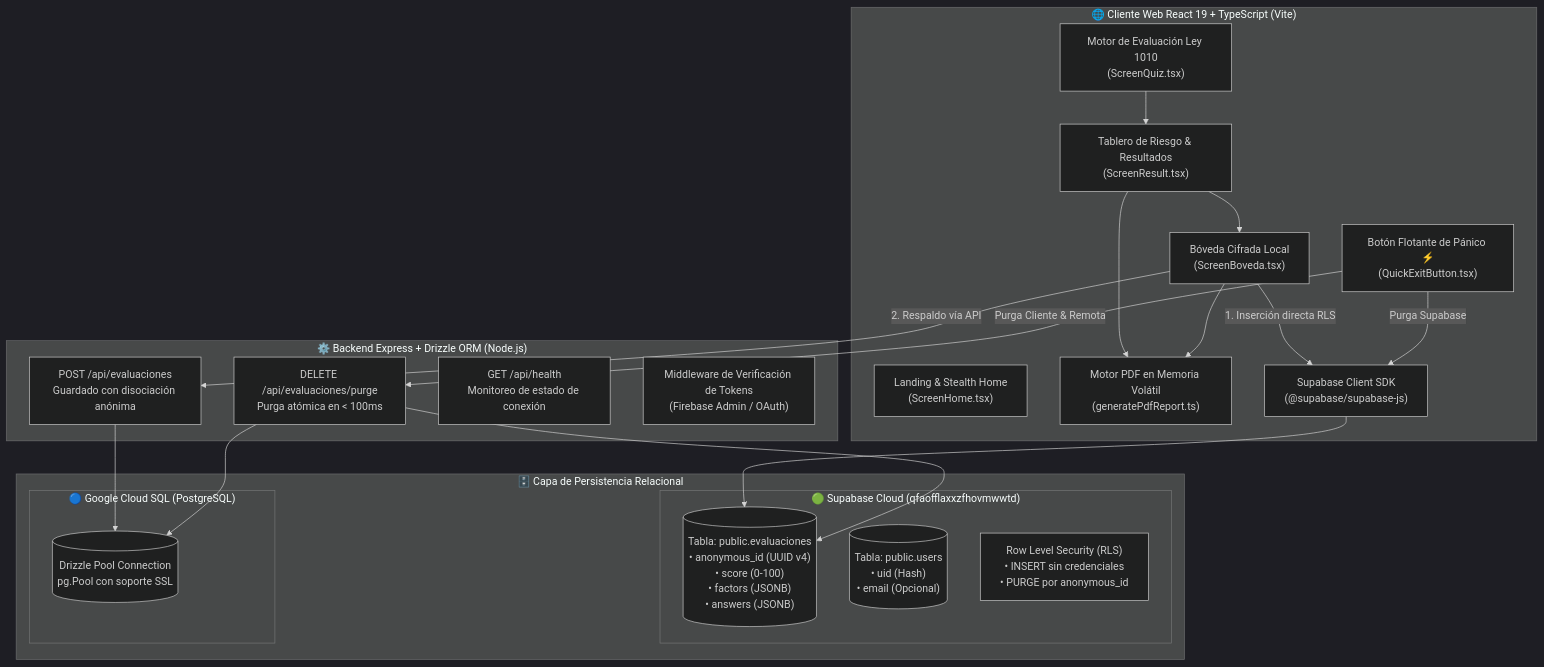
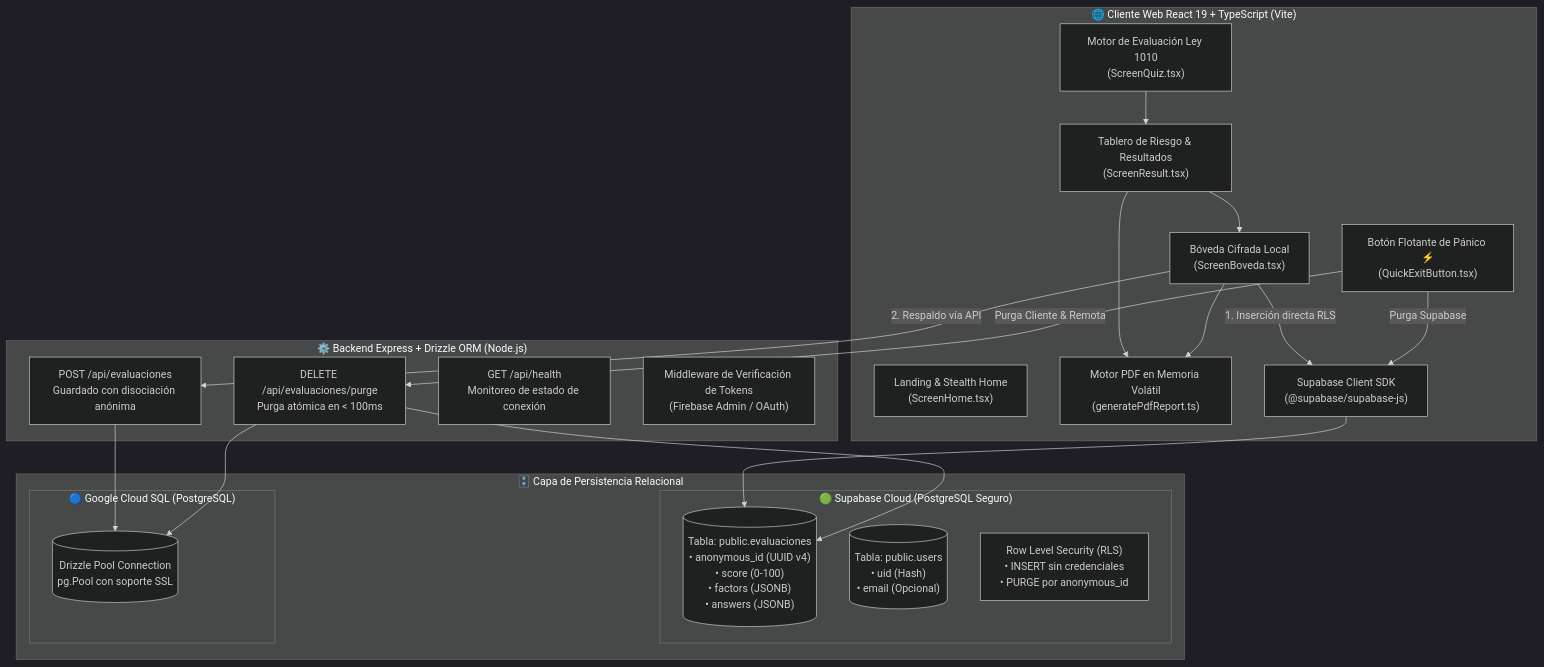
The first of 5 diagrams in README.md (LillianaU/Evaluacio-Vulnerabilidad-mujer), drawn with Mermaid (dark theme) before and after one commit. The commit also changed other lines of this file and 1 other file, not shown here.

````diff
--- a/README.md
+++ b/README.md
@@ -32,47 +36,47 @@
 ```mermaid
 graph TB
     subgraph Frontend_Client ["🌐 Cliente Web React 19 + TypeScript (Vite)"]
         UI_Home["Landing & Stealth Home<br/>(ScreenHome.tsx)"]
         UI_Quiz["Motor de Evaluación Ley 1010<br/>(ScreenQuiz.tsx)"]
         UI_Result["Tablero de Riesgo & Resultados<br/>(ScreenResult.tsx)"]
         UI_Vault["Bóveda Cifrada Local<br/>(ScreenBoveda.tsx)"]
         UI_Panic["Botón Flotante de Pánico ⚡<br/>(QuickExitButton.tsx)"]
         
         PDF_Engine["Motor PDF en Memoria Volátil<br/>(generatePdfReport.ts)"]
         Supa_SDK["Supabase Client SDK<br/>(@supabase/supabase-js)"]
     end
 
     subgraph Backend_Server ["⚙️ Backend Express + Drizzle ORM (Node.js)"]
         API_Eval["POST /api/evaluaciones<br/>Guardado con disociación anónima"]
         API_Purge["DELETE /api/evaluaciones/purge<br/>Purga atómica en < 100ms"]
         API_Health["GET /api/health<br/>Monitoreo de estado de conexión"]
         Auth_Verify["Middleware de Verificación de Tokens<br/>(Firebase Admin / OAuth)"]
     end
 
     subgraph Database_Layer ["🗄️ Capa de Persistencia Relacional"]
-        subgraph Supabase_Cloud ["🟢 Supabase Cloud (qfaofflaxxzfhovmwwtd)"]
+        subgraph Supabase_Cloud ["🟢 Supabase Cloud (PostgreSQL Seguro)"]
             Table_Eval_Supa[("Tabla: public.evaluaciones<br/>• anonymous_id (UUID v4)<br/>• score (0-100)<br/>• factors (JSONB)<br/>• answers (JSONB)")]
             Table_Users_Supa[("Tabla: public.users<br/>• uid (Hash)<br/>• email (Opcional)")]
             RLS_Policies["Row Level Security (RLS)<br/>• INSERT sin credenciales<br/>• PURGE por anonymous_id"]
         end
         subgraph CloudSQL_GCP ["🔵 Google Cloud SQL (PostgreSQL)"]
             Drizzle_Schema[("Drizzle Pool Connection<br/>pg.Pool con soporte SSL")]
         end
     end
 
     UI_Quiz --> UI_Result
     UI_Result --> UI_Vault
     UI_Result --> PDF_Engine
     UI_Vault --> PDF_Engine
     
     UI_Vault -- "1. Inserción directa RLS" --> Supa_SDK
     Supa_SDK --> Table_Eval_Supa
     
     UI_Vault -- "2. Respaldo vía API" --> API_Eval
     API_Eval --> Drizzle_Schema
     
     UI_Panic -- "Purga Cliente & Remota" --> API_Purge
     UI_Panic -- "Purga Supabase" --> Supa_SDK
     API_Purge --> Drizzle_Schema
     API_Purge --> Table_Eval_Supa
 ```
````
